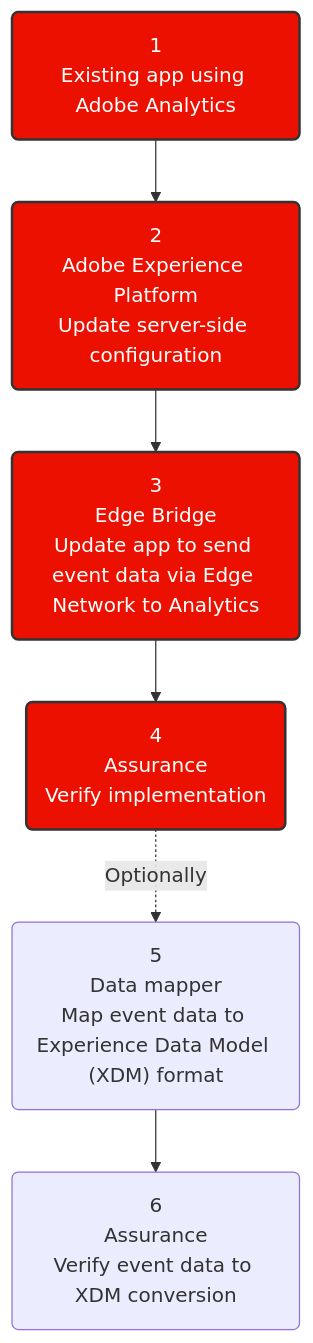
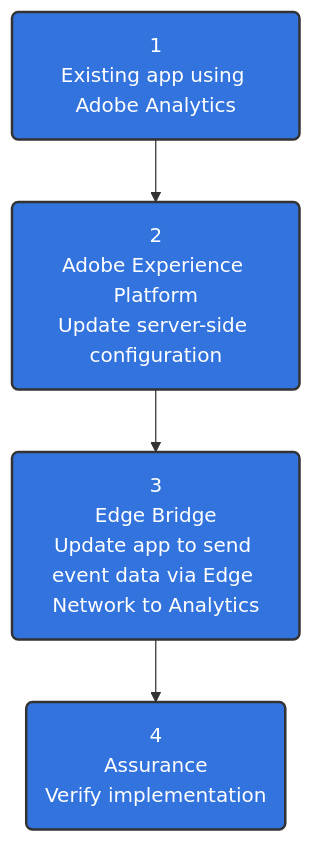
One commit to adobe/aepsdk-edgebridge-ios changed the diagram in Documentation/tutorials/edge-bridge-tutorial.md. Above: the diagram before and after it, drawn with Mermaid. The commit also changed other lines of this file and 2 other files, not shown here.

Commit message:
Update diagrams and Data Prep tutorial name
Add Data Prep tutorial in tutorials README list

````diff
--- a/Documentation/tutorials/edge-bridge-tutorial.md
+++ b/Documentation/tutorials/edge-bridge-tutorial.md
@@ -25,14 +25,12 @@
 ```mermaid
 graph TD;
     step1(1<br/>Existing app using Adobe Analytics) -->
     step2(2<br/>Adobe Experience Platform<br/>Update server-side configuration) --> 
     step3(3<br/>Edge Bridge<br/>Update app to send event data via Edge Network to Analytics) --> 
-    step4(4<br/>Assurance<br/>Verify implementation) -. "Optionally" .-> 
-    step5("5<br/>Data mapper<br/>Map event data to Experience Data Model (XDM) format") -->
-    step6(6<br/>Assurance<br/>Verify event data to XDM conversion);
+    step4(4<br/>Assurance<br/>Verify implementation)
 
-style step1 fill:#EB1000,stroke:#333,stroke-width:2px,color:#fff
-style step2 fill:#EB1000,stroke:#333,stroke-width:2px,color:#fff
-style step3 fill:#EB1000,stroke:#333,stroke-width:2px,color:#fff
-style step4 fill:#EB1000,stroke:#333,stroke-width:2px,color:#fff
+style step1 fill:#3273de,stroke:#333,stroke-width:2px,color:#fff
+style step2 fill:#3273de,stroke:#333,stroke-width:2px,color:#fff
+style step3 fill:#3273de,stroke:#333,stroke-width:2px,color:#fff
+style step4 fill:#3273de,stroke:#333,stroke-width:2px,color:#fff
 ```
````
